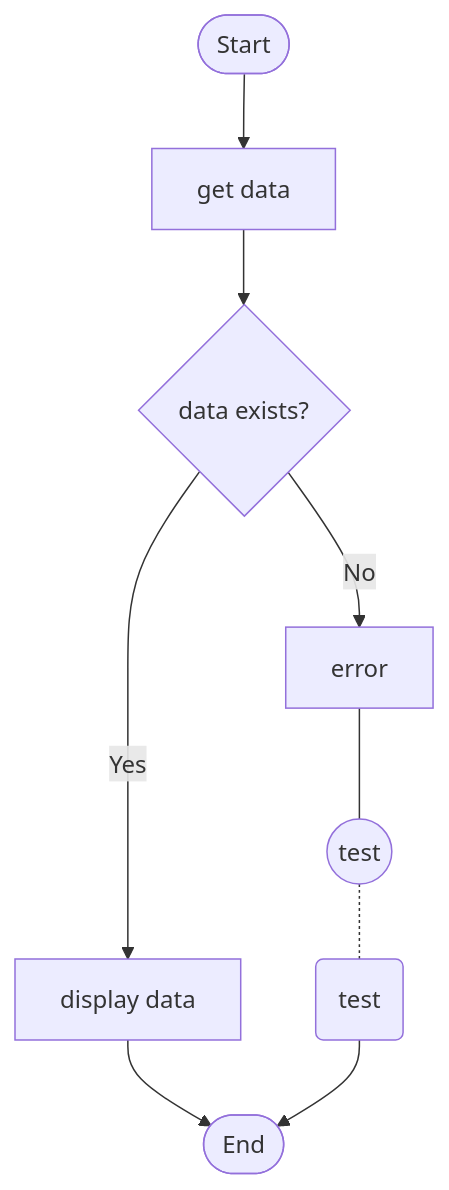
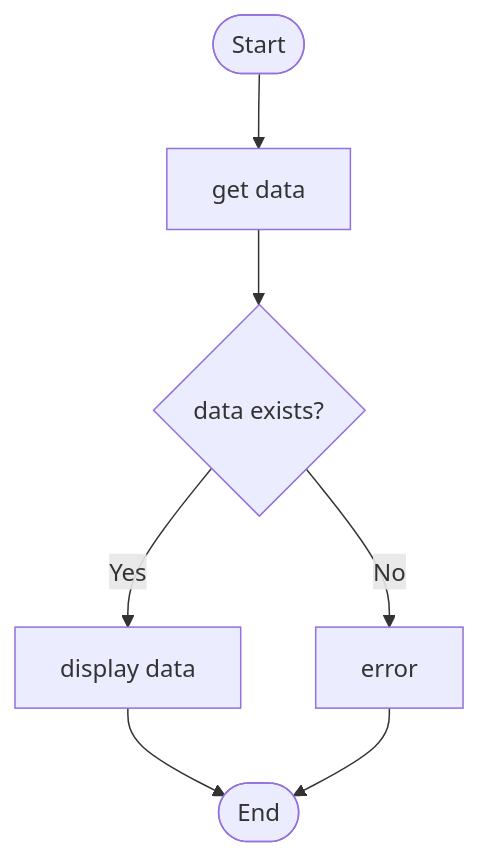
One commit to Nakao2k/my-site changed the first of 6 diagrams in index.md. Above: the diagram before and after it, drawn with Mermaid. The commit also changed other lines of this file, not shown here.

````diff
--- a/index.md
+++ b/index.md
@@ -36,11 +36,9 @@
 ```mermaid
 flowchart TB
     A([Start]) --> B[get data]
     B --> C{data exists?}
     C --> |Yes| D[display data]
     C --> |No| E[error]
     D --> F([End])
-    E --- G((test))
-    G -.- H(test)
-    H --> F
+    E --> F
 ```
````
